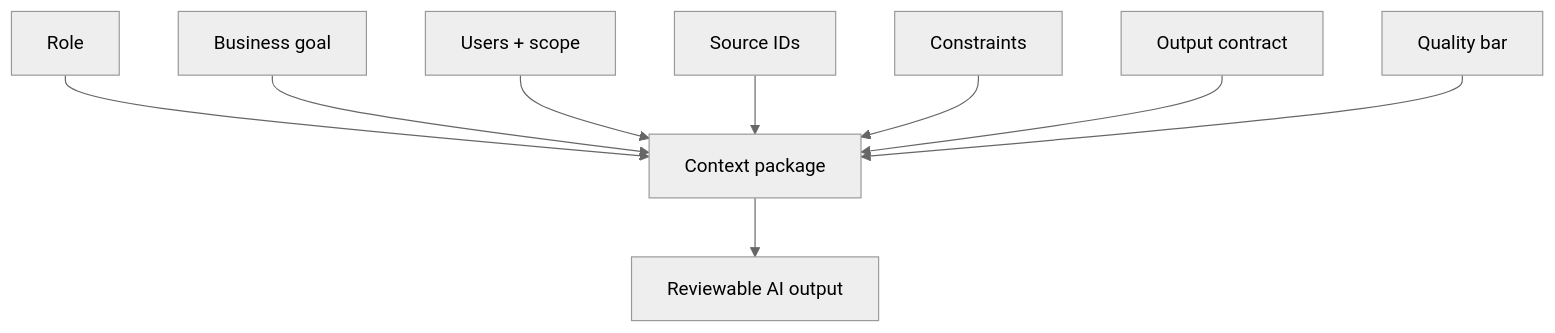
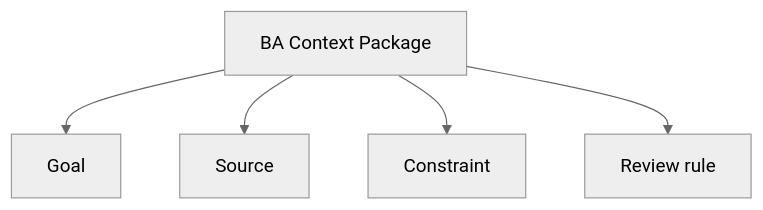
The second of 2 diagrams in docs/en/lessons/context-engineering-patterns/index.md (anhtnt90dev/ai-for-ba), drawn with Mermaid (neutral theme) before and after one commit. The commit also changed other lines of this file and 40 other files, not shown here.

````diff
--- a/docs/en/lessons/context-engineering-patterns/index.md
+++ b/docs/en/lessons/context-engineering-patterns/index.md
@@ -68,11 +173,8 @@
 ```mermaid
 flowchart TD
-    A["Role"] --> H["Context package"]
-    B["Business goal"] --> H
-    C["Users + scope"] --> H
-    D["Source IDs"] --> H
-    E["Constraints"] --> H
-    F["Output contract"] --> H
-    G["Quality bar"] --> H
-    H --> I["Reviewable AI output"]
+    A["BA Context Package"]
+    A --> B["Goal"]
+    A --> C["Source"]
+    A --> D["Constraint"]
+    A --> E["Review rule"]
 ```
````
